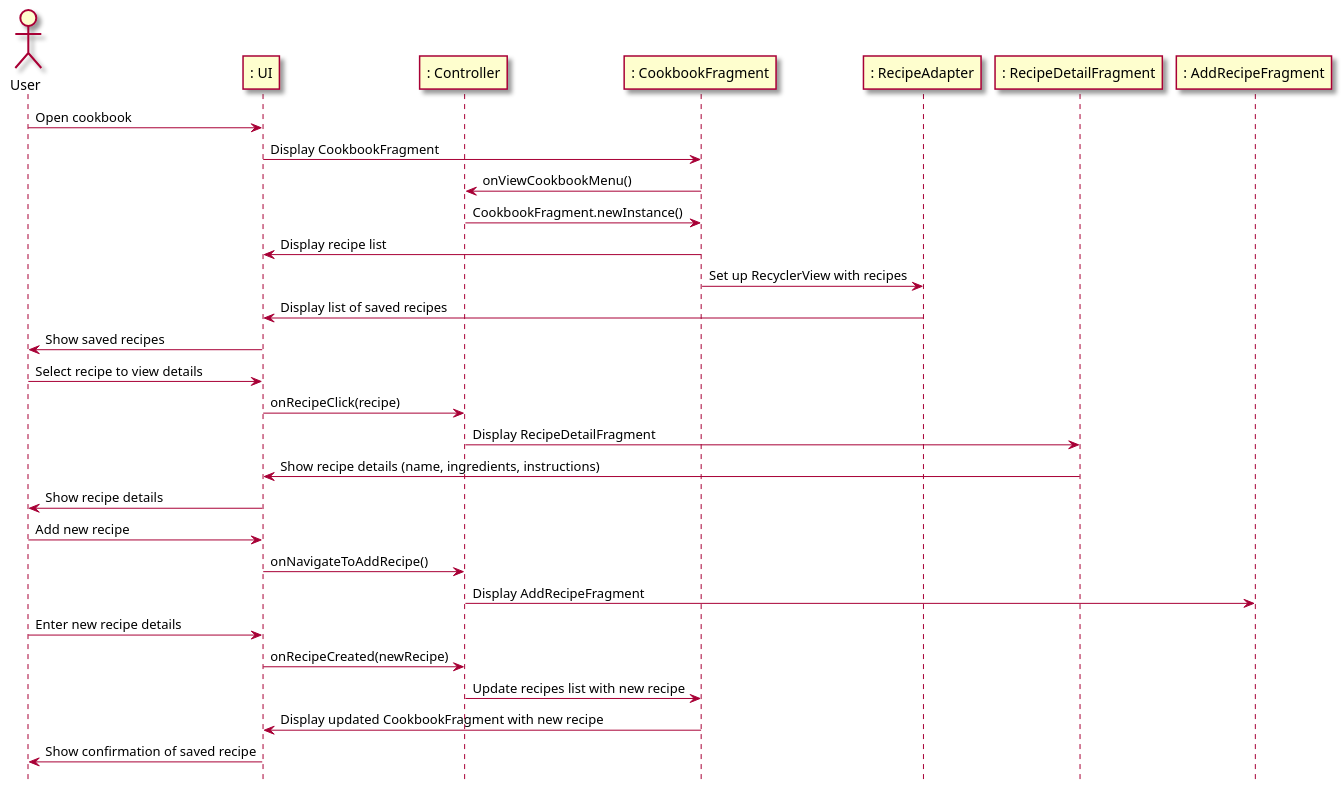
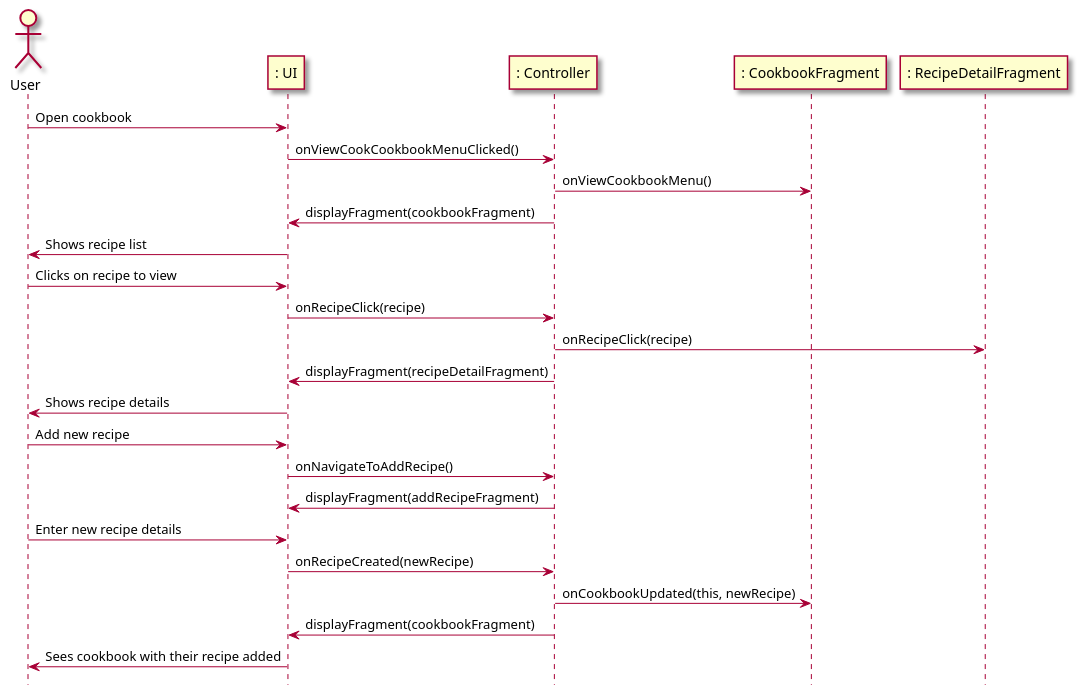
Before and after one commit to berthashipper/Pantry-Pal-Android-Application: the second of 2 diagrams in intellij/doc/use-cases/manage_cookbook.md, drawn with PlantUML.

Commit message:
Updated manage_cookbook use case to use method call notation

````diff
--- a/intellij/doc/use-cases/manage_cookbook.md
+++ b/intellij/doc/use-cases/manage_cookbook.md
@@ -75,42 +75,38 @@
 ```plantuml
 @startuml
 skin rose
 
 hide footbox
 
 actor User as user
 participant ": UI" as ui
 participant ": Controller" as cont
 participant ": CookbookFragment" as cf
-participant ": RecipeAdapter" as ra
 participant ": RecipeDetailFragment" as rdf
-participant ": AddRecipeFragment" as arf
 
 user -> ui: Open cookbook
-ui -> cf: Display CookbookFragment
-cf -> cont: onViewCookbookMenu()
-cont -> cf: CookbookFragment.newInstance()
-cf -> ui: Display recipe list
-cf -> ra: Set up RecyclerView with recipes
-ra -> ui: Display list of saved recipes
-ui -> user: Show saved recipes
+ui -> cont : onViewCookCookbookMenuClicked()
+cont -> cf: onViewCookbookMenu()
+cont -> ui: displayFragment(cookbookFragment)
+ui -> user: Shows recipe list
 
-user -> ui: Select recipe to view details
+
+user -> ui: Clicks on recipe to view
 ui -> cont: onRecipeClick(recipe)
-cont -> rdf: Display RecipeDetailFragment
-rdf -> ui: Show recipe details (name, ingredients, instructions)
-ui -> user: Show recipe details
+cont -> rdf: onRecipeClick(recipe)
+cont -> ui: displayFragment(recipeDetailFragment)
+ui -> user: Shows recipe details
 
 user -> ui: Add new recipe
 ui -> cont: onNavigateToAddRecipe()
-cont -> arf: Display AddRecipeFragment
+cont -> ui: displayFragment(addRecipeFragment)
 
 user -> ui: Enter new recipe details
 ui -> cont: onRecipeCreated(newRecipe)
-cont -> cf: Update recipes list with new recipe
-cf -> ui: Display updated CookbookFragment with new recipe
-ui -> user: Show confirmation of saved recipe
+cont -> cf: onCookbookUpdated(this, newRecipe)
+cont -> ui: displayFragment(cookbookFragment)
+ui -> user: Sees cookbook with their recipe added
 
 @enduml
 
 ```
````
